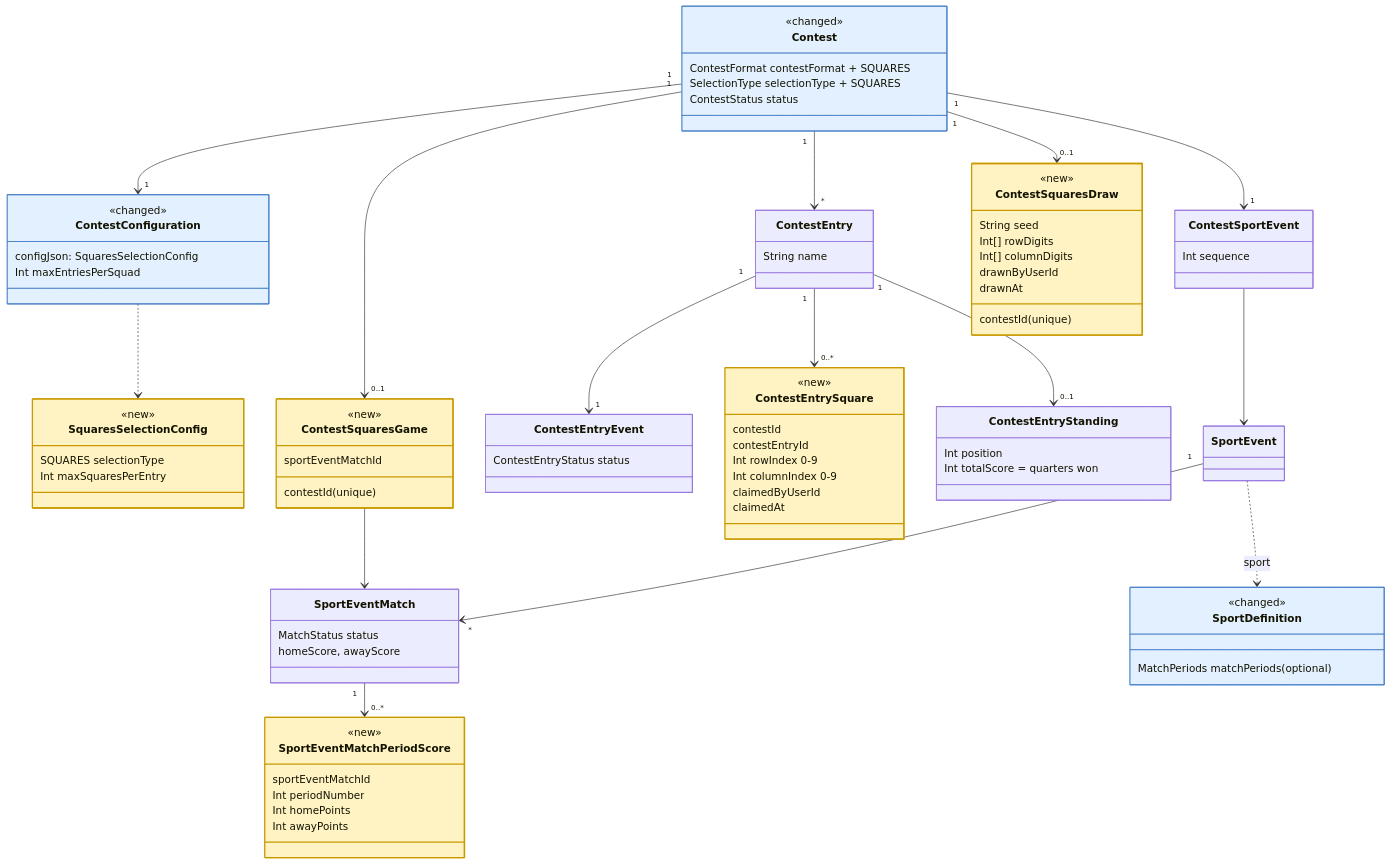
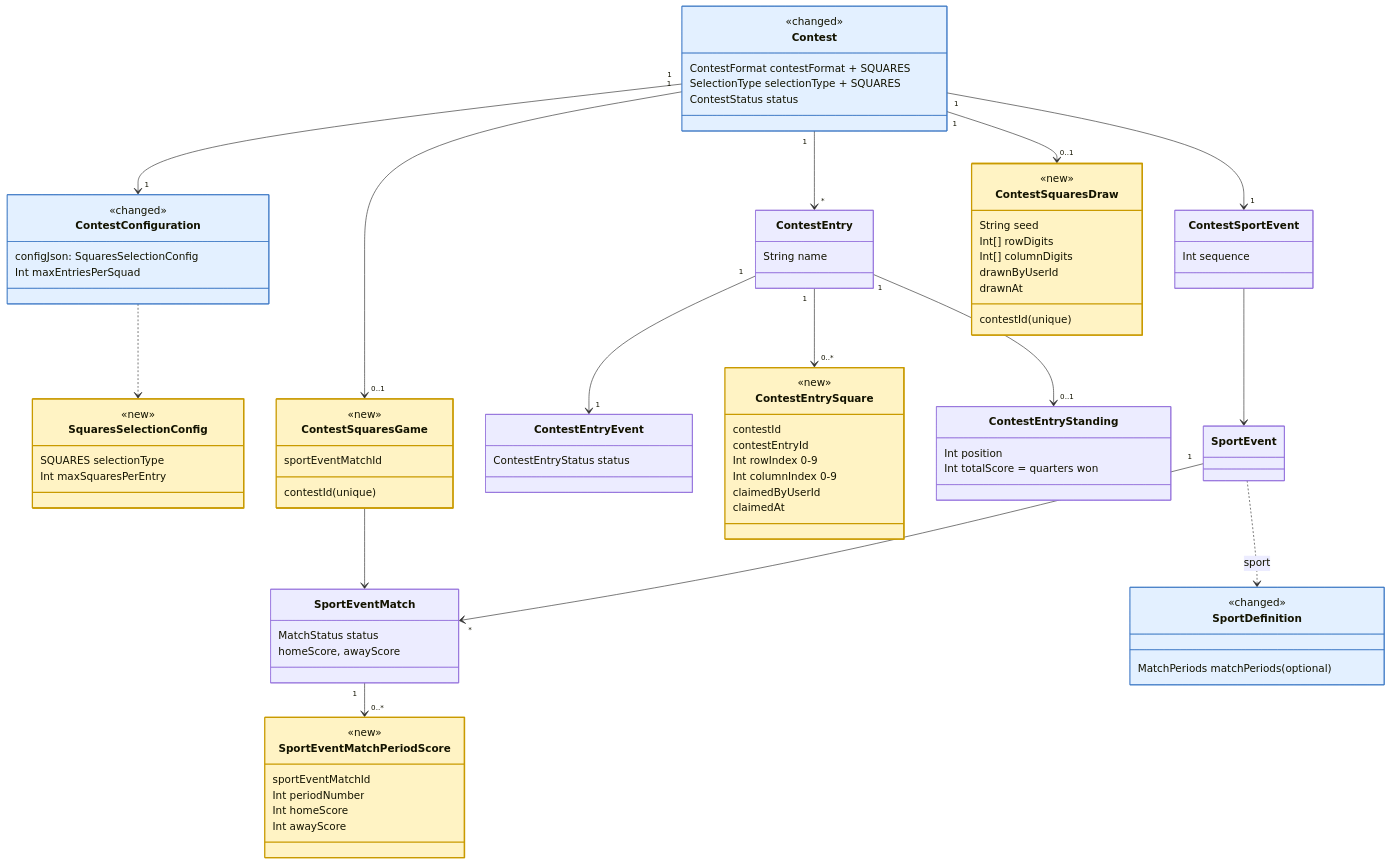
One commit to derek-dorazio/pool-master changed the diagram in plans/super-bowl-squares.md. Above: the diagram before and after it, drawn with Mermaid. The commit also changed other lines of this file, not shown here.

```diff
--- a/plans/super-bowl-squares.md
+++ b/plans/super-bowl-squares.md
@@ -118,8 +118,8 @@
     <<new>>
     sportEventMatchId
     Int periodNumber
-    Int homePoints
-    Int awayPoints
+    Int homeScore
+    Int awayScore
   }
   class SportDefinition {
     <<changed>>
```
